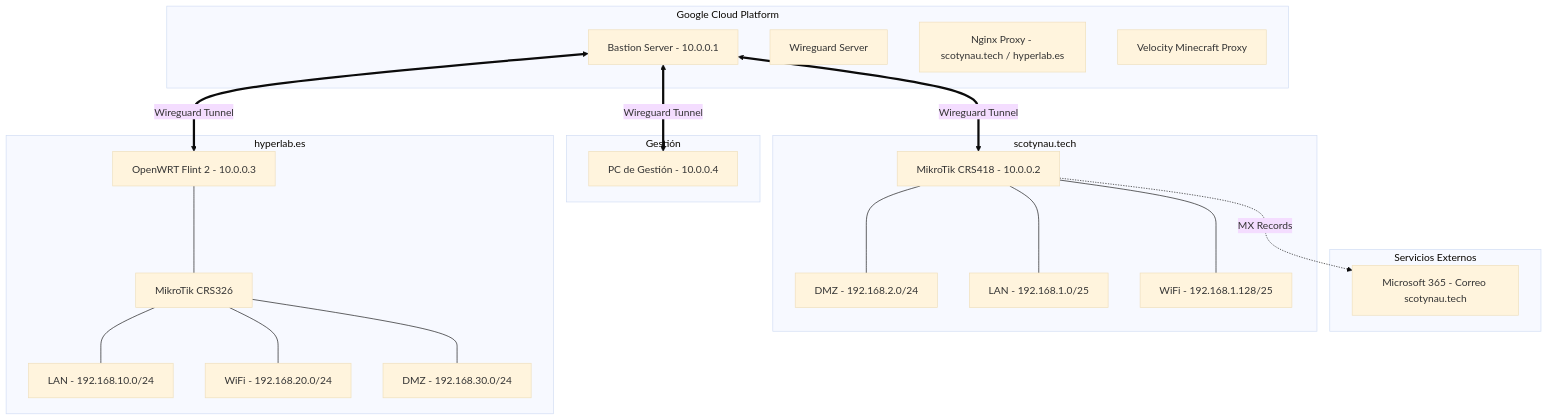
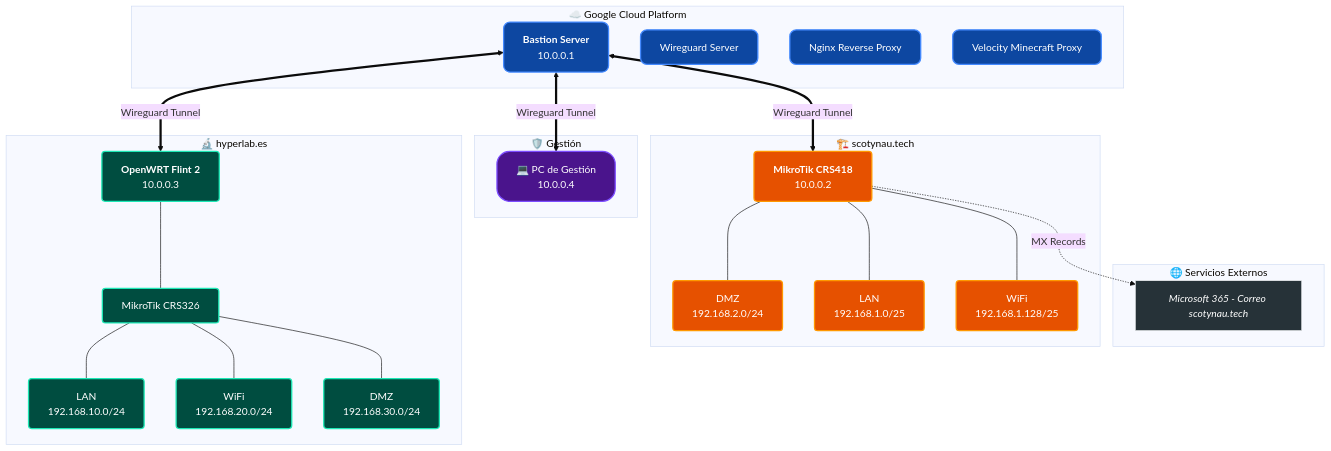
One commit to scotynau/network-infrastructure changed the diagram in README.md. Above: the diagram before and after it, drawn with Mermaid (base theme).

Commit message:
style: enhance network diagram with custom styles and emojis

````diff
--- a/README.md
+++ b/README.md
@@ -9,48 +9,55 @@
 ```mermaid
 graph TD
-    subgraph External_Services [Servicios Externos]
-        M365[Microsoft 365 - Correo scotynau.tech]
+    %% Definición de Estilos (Fancy Mode)
+    classDef cloud fill:#0d47a1,stroke:#448aff,stroke-width:2px,color:#fff,rx:10,ry:10
+    classDef internal fill:#e65100,stroke:#ff9800,stroke-width:2px,color:#fff,rx:5,ry:5
+    classDef ricardo fill:#004d40,stroke:#1de9b6,stroke-width:2px,color:#fff,rx:5,ry:5
+    classDef mgmt fill:#4a148c,stroke:#7c4dff,stroke-width:2px,color:#fff,rx:20,ry:20
+    classDef service fill:#263238,stroke:#eceff1,stroke-width:1px,color:#fff,font-style:italic
+
+    subgraph External_Services [🌐 Servicios Externos]
+        M365[Microsoft 365 - Correo scotynau.tech]:::service
     end
 
-    subgraph GCP_Cloud [Google Cloud Platform]
-        Bastion[Bastion Server - 10.0.0.1]
-        WG_Srv[Wireguard Server]
-        Nginx[Nginx Proxy - scotynau.tech / hyperlab.es]
-        Velocity[Velocity Minecraft Proxy]
+    subgraph GCP_Cloud [☁️ Google Cloud Platform]
+        Bastion[<b>Bastion Server</b><br/>10.0.0.1]:::cloud
+        WG_Srv[Wireguard Server]:::cloud
+        Nginx[Nginx Reverse Proxy]:::cloud
+        Velocity[Velocity Minecraft Proxy]:::cloud
     end
 
-    subgraph Management [Gestión]
-        MgmtPC[PC de Gestión - 10.0.0.4]
+    subgraph Management [🛡️ Gestión]
+        MgmtPC[💻 PC de Gestión<br/>10.0.0.4]:::mgmt
     end
 
-    subgraph Scotynau_Net [scotynau.tech]
-        MT_CRS[MikroTik CRS418 - 10.0.0.2]
-        DMZ[DMZ - 192.168.2.0/24]
-        LAN[LAN - 192.168.1.0/25]
-        WiFi[WiFi - 192.168.1.128/25]
+    subgraph Scotynau_Net [🏗️ scotynau.tech]
+        MT_CRS[<b>MikroTik CRS418</b><br/>10.0.0.2]:::internal
+        DMZ[DMZ<br/>192.168.2.0/24]:::internal
+        LAN[LAN<br/>192.168.1.0/25]:::internal
+        WiFi[WiFi<br/>192.168.1.128/25]:::internal
     end
 
-    subgraph Hyperlab_Net [hyperlab.es]
-        Flint2[OpenWRT Flint 2 - 10.0.0.3]
-        MT_Ric[MikroTik CRS326]
-        RLAN[LAN - 192.168.10.0/24]
-        RWiFi[WiFi - 192.168.20.0/24]
-        RDMZ[DMZ - 192.168.30.0/24]
+    subgraph Hyperlab_Net [🔬 hyperlab.es]
+        Flint2[<b>OpenWRT Flint 2</b><br/>10.0.0.3]:::ricardo
+        MT_Ric[MikroTik CRS326]:::ricardo
+        RLAN[LAN<br/>192.168.10.0/24]:::ricardo
+        RWiFi[WiFi<br/>192.168.20.0/24]:::ricardo
+        RDMZ[DMZ<br/>192.168.30.0/24]:::ricardo
     end
 
-    %% Túneles VPN
-    Bastion <==>|Wireguard Tunnel| MT_CRS
-    Bastion <==>|Wireguard Tunnel| Flint2
-    Bastion <==>|Wireguard Tunnel| MgmtPC
+    %% Túneles VPN con estilo
+    Bastion <== "Wireguard Tunnel" ==> MT_CRS
+    Bastion <== "Wireguard Tunnel" ==> Flint2
+    Bastion <== "Wireguard Tunnel" ==> MgmtPC
 
     %% Conexiones internas
     MT_CRS --- DMZ
     MT_CRS --- LAN
     MT_CRS --- WiFi
     MT_CRS -.->|MX Records| M365
     
     Flint2 --- MT_Ric
     MT_Ric --- RLAN
     MT_Ric --- RWiFi
     MT_Ric --- RDMZ
 ```
````
